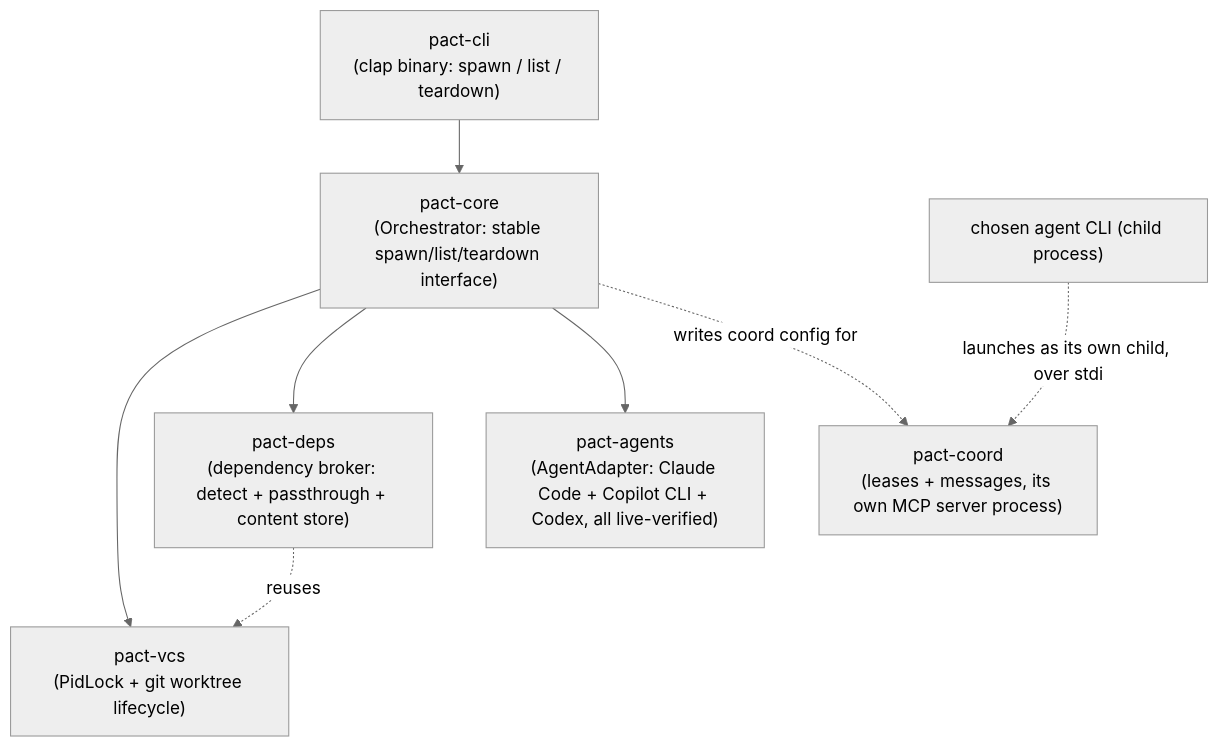
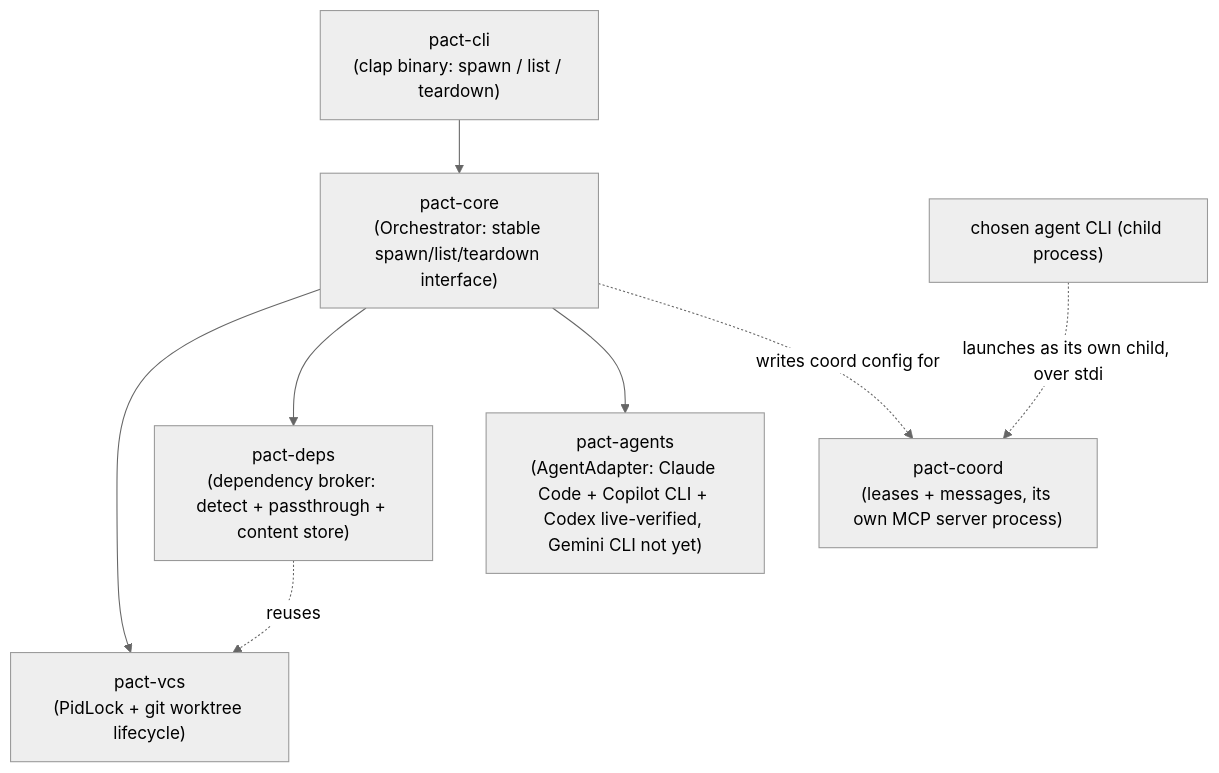
Before and after one commit to zekariasasaminew/pact: the first of 3 diagrams in README.md, drawn with Mermaid (neutral theme). The commit also changed other lines of this file and 8 other files, not shown here.

````diff
--- a/README.md
+++ b/README.md
@@ -476,17 +521,17 @@
 ```mermaid
 graph TD
     CLI["pact-cli<br/>(clap binary: spawn / list / teardown)"]
     Core["pact-core<br/>(Orchestrator: stable spawn/list/teardown interface)"]
     VCS["pact-vcs<br/>(PidLock + git worktree lifecycle)"]
     Deps["pact-deps<br/>(dependency broker: detect + passthrough + content store)"]
-    Agents["pact-agents<br/>(AgentAdapter: Claude Code + Copilot CLI + Codex, all live-verified)"]
+    Agents["pact-agents<br/>(AgentAdapter: Claude Code + Copilot CLI + Codex live-verified, Gemini CLI not yet)"]
     Coord["pact-coord<br/>(leases + messages, its own MCP server process)"]
 
     CLI --> Core
     Core --> VCS
     Core --> Deps
     Core --> Agents
     Deps -.reuses.-> VCS
     Core -.writes coord config for.-> Coord
     Agent2["chosen agent CLI (child process)"] -.launches as its own child, over stdio.-> Coord
 ```
````
